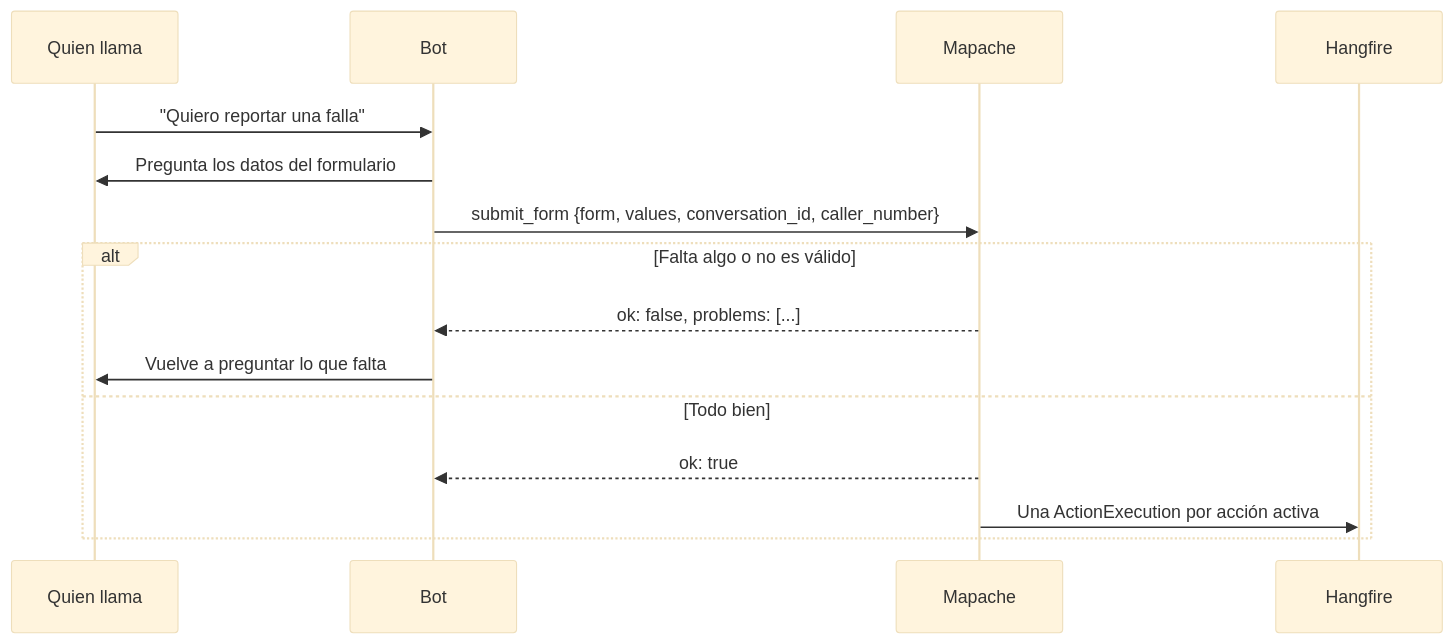
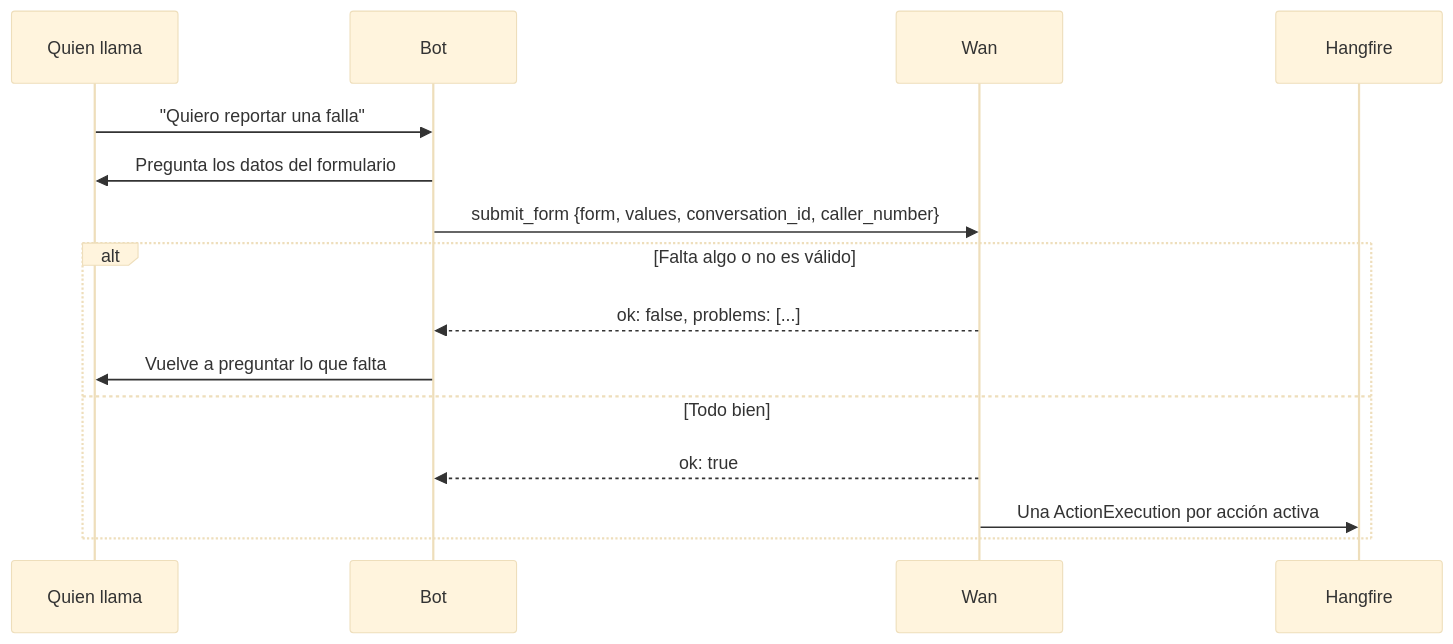
The diagram in docs/formularios.md (stevengazo/Wan-API), drawn with Mermaid (base theme) before and after one commit. The commit also changed other lines of this file and 218 other files, not shown here.

````diff
--- a/docs/formularios.md
+++ b/docs/formularios.md
@@ -21,18 +21,18 @@
 ```mermaid
 sequenceDiagram
     participant C as Quien llama
     participant B as Bot
-    participant M as Mapache
+    participant M as Wan
     participant H as Hangfire
 
     C->>B: "Quiero reportar una falla"
     B->>C: Pregunta los datos del formulario
     B->>M: submit_form {form, values, conversation_id, caller_number}
     alt Falta algo o no es válido
         M-->>B: ok: false, problems: [...]
         B->>C: Vuelve a preguntar lo que falta
     else Todo bien
         M-->>B: ok: true
         M->>H: Una ActionExecution por acción activa
     end
 ```
````
